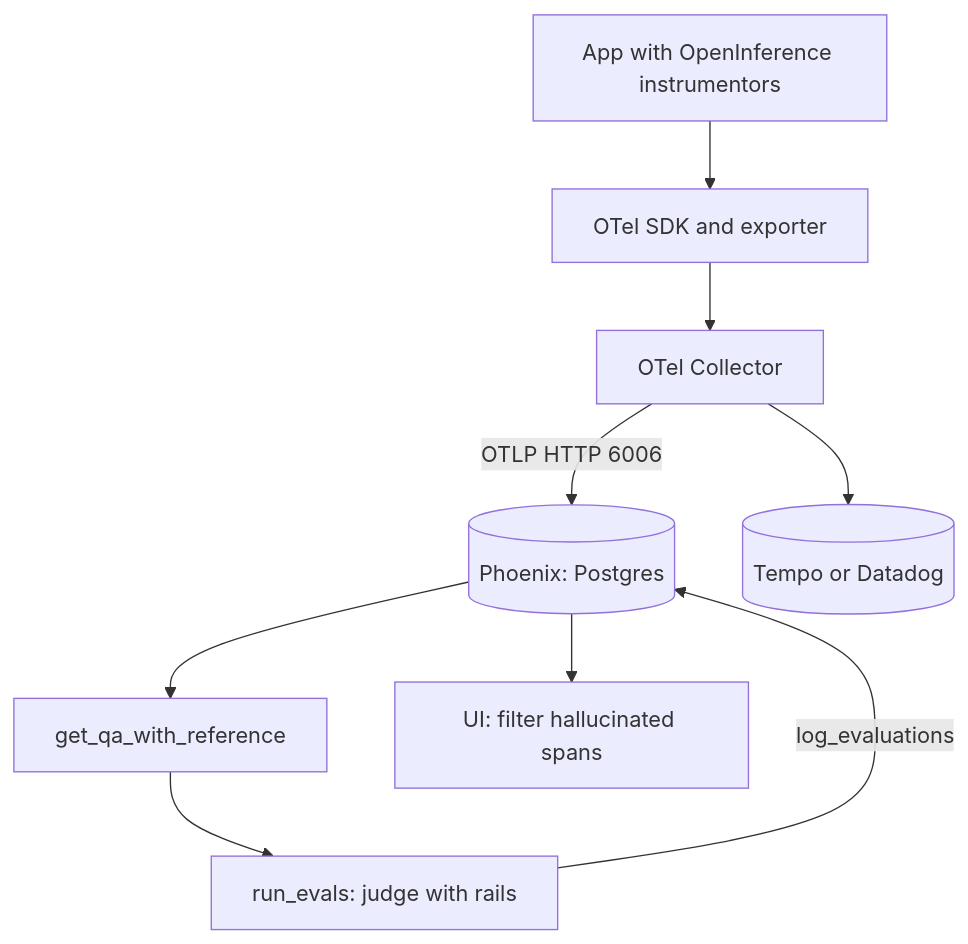
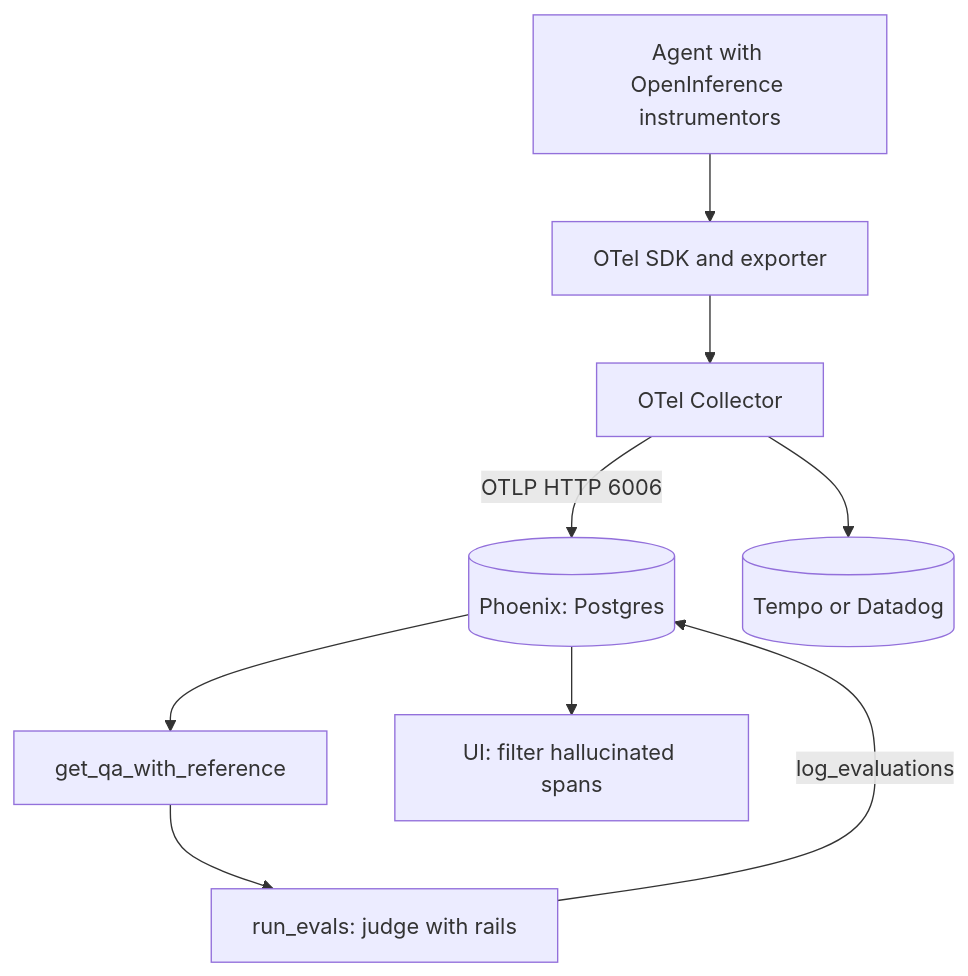
One commit to lovishmahajan97/agentic-learning changed the diagram in content/observability/arize-phoenix.md. Above: the diagram before and after it, drawn with Mermaid. The commit also changed other lines of this file and 348 other files, not shown here.

````diff
--- a/content/observability/arize-phoenix.md
+++ b/content/observability/arize-phoenix.md
@@ -124,11 +124,11 @@
 ```mermaid
 flowchart TD
-    APP["App with OpenInference instrumentors"] --> SDK["OTel SDK and exporter"]
+    APP["Agent with OpenInference instrumentors"] --> SDK["OTel SDK and exporter"]
     SDK --> COL["OTel Collector"]
     COL -->|"OTLP HTTP 6006"| PX[("Phoenix: Postgres")]
     COL --> TEMPO[("Tempo or Datadog")]
     PX --> Q["get_qa_with_reference"]
     Q --> J["run_evals: judge with rails"]
     J -->|"log_evaluations"| PX
     PX --> UI["UI: filter hallucinated spans"]
 ```
````
